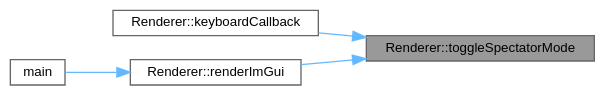
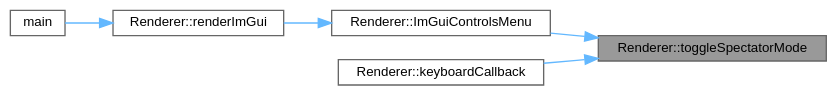
One commit to Kojittsu/Particles_Simulation changed the diagram in docs/classRenderer_ae93df4641ab17df5ff123bd72d1a1a53_icgraph.dot. Above: the diagram before and after it, drawn with Graphviz. The commit also changed 55 other files, not shown here.

```diff
--- a/docs/classRenderer_ae93df4641ab17df5ff123bd72d1a1a53_icgraph.dot
+++ b/docs/classRenderer_ae93df4641ab17df5ff123bd72d1a1a53_icgraph.dot
@@ -1,15 +1,17 @@
 digraph "Renderer::toggleSpectatorMode"
 {
  // LATEX_PDF_SIZE
   bgcolor="transparent";
   edge [fontname=Helvetica,fontsize=10,labelfontname=Helvetica,labelfontsize=10];
   node [fontname=Helvetica,fontsize=10,shape=box,height=0.2,width=0.4];
   rankdir="RL";
   Node1 [id="Node000001",label="Renderer::toggleSpectatorMode",height=0.2,width=0.4,color="gray40", fillcolor="grey60", style="filled", fontcolor="black",tooltip="Toggle spectator mode. The spectator mode will take into account keyboard and mouse inputs for camera..."];
   Node1 -> Node2 [id="edge1_Node000001_Node000002",dir="back",color="steelblue1",style="solid",tooltip=" "];
-  Node2 [id="Node000002",label="Renderer::keyboardCallback",height=0.2,width=0.4,color="grey40", fillcolor="white", style="filled",URL="$classRenderer.html#a5a6e334c73ad3103d43f138d8da91b3d",tooltip="Define Callback for Keyboard inputs."];
-  Node1 -> Node3 [id="edge2_Node000001_Node000003",dir="back",color="steelblue1",style="solid",tooltip=" "];
+  Node2 [id="Node000002",label="Renderer::ImGuiControlsMenu",height=0.2,width=0.4,color="grey40", fillcolor="white", style="filled",URL="$classRenderer.html#a94b77c39f65ff2ac734c8c8767e49cca",tooltip="Render control ImGui menu."];
+  Node2 -> Node3 [id="edge2_Node000002_Node000003",dir="back",color="steelblue1",style="solid",tooltip=" "];
   Node3 [id="Node000003",label="Renderer::renderImGui",height=0.2,width=0.4,color="grey40", fillcolor="white", style="filled",URL="$classRenderer.html#ac606d439bdc8f139f40b8ef1a1e18ea8",tooltip="Render Dear ImGui."];
   Node3 -> Node4 [id="edge3_Node000003_Node000004",dir="back",color="steelblue1",style="solid",tooltip=" "];
   Node4 [id="Node000004",label="main",height=0.2,width=0.4,color="grey40", fillcolor="white", style="filled",URL="$main_8cpp.html#a0ddf1224851353fc92bfbff6f499fa97",tooltip=" "];
+  Node1 -> Node5 [id="edge4_Node000001_Node000005",dir="back",color="steelblue1",style="solid",tooltip=" "];
+  Node5 [id="Node000005",label="Renderer::keyboardCallback",height=0.2,width=0.4,color="grey40", fillcolor="white", style="filled",URL="$classRenderer.html#a5a6e334c73ad3103d43f138d8da91b3d",tooltip="Define Callback for Keyboard inputs."];
 }
```
